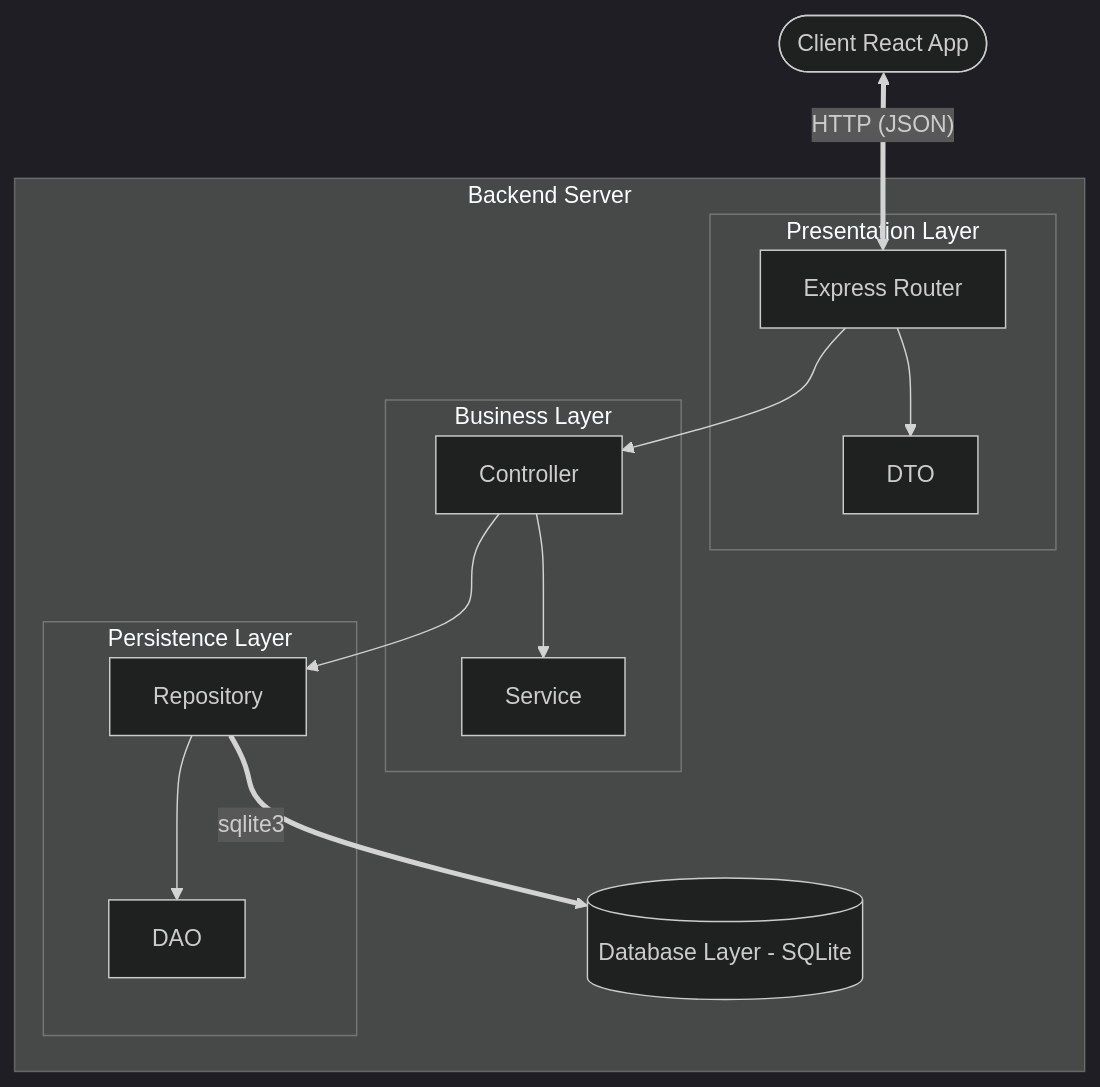
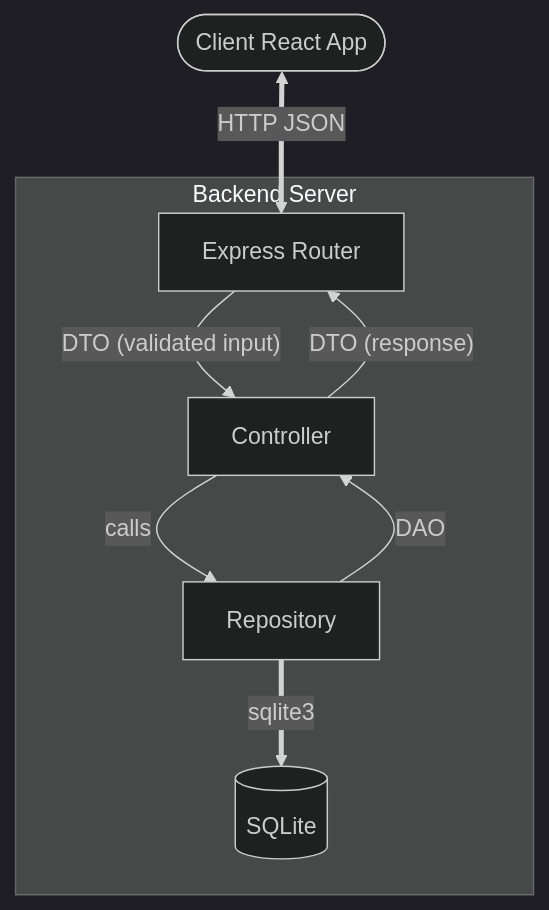
Before and after one commit to polito-WA1-2026-exam/exam-1-last-race-devgfe: the first of 2 diagrams in README.md, drawn with Mermaid (dark theme). The commit also changed other lines of this file and 4 other files, not shown here.

````diff
--- a/README.md
+++ b/README.md
@@ -33,32 +27,18 @@
 ```mermaid
 flowchart TD
     Client([Client React App])
-    
+
     subgraph Server [Backend Server]
-        subgraph Interface [Presentation Layer]
-            Router[Express Router]
-            DTO[DTO]
-        end
-
-        subgraph Logic [Business Layer]
-            Controller[Controller]
-            Service[Service]
-        end
-
-        subgraph Data [Persistence Layer]
-            DAO[DAO]
-            Repo[Repository]
-        end
-        
-        Database[(Database Layer - SQLite)]
+        Router[Express Router]
+        Controller[Controller]
+        Repo[Repository]
+        Database[(SQLite)]
     end
 
-    %% Connections
-    Client <== "HTTP (JSON)" ==> Router
-    Router --> DTO
-    Router --> Controller
-    Controller --> Service
-    Controller --> Repo
+    Client <== "HTTP JSON" ==> Router
+    Router -- "DTO (validated input)" --> Controller
+    Controller -- "calls" --> Repo
+    Repo -- "DAO" --> Controller
+    Controller -- "DTO (response)" --> Router
     Repo == "sqlite3" ==> Database
-    Repo --> DAO
 ```
````
